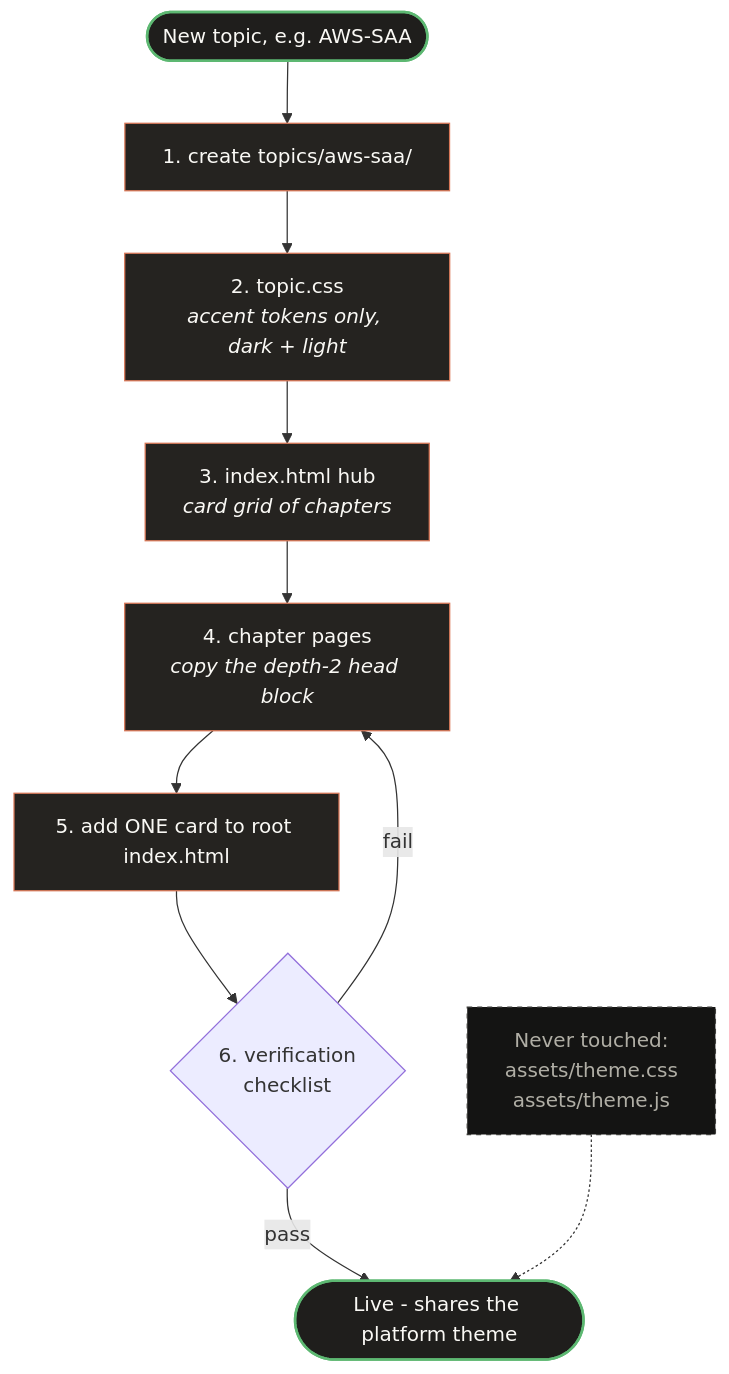
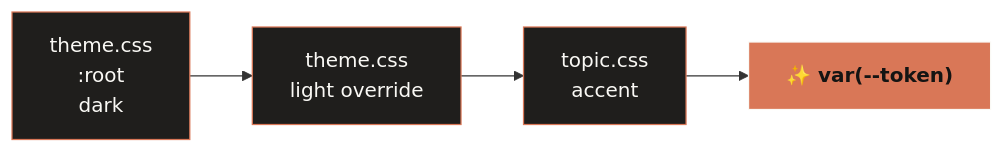
The second of 3 diagrams in README.md (debsumar/Debanjans-learning-system), drawn with Mermaid before and after one commit. The commit also changed other lines of this file, not shown here.

````diff
--- a/README.md
+++ b/README.md
@@ -322,21 +88,8 @@
 ```mermaid
-flowchart TD
-  START(["New topic, e.g. AWS-SAA"]) --> D1["1. create topics/aws-saa/"]
-  D1 --> D2["2. topic.css<br/><i>accent tokens only, dark + light</i>"]
-  D2 --> D3["3. index.html hub<br/><i>card grid of chapters</i>"]
-  D3 --> D4["4. chapter pages<br/><i>copy the depth-2 head block</i>"]
-  D4 --> D5["5. add ONE card to root index.html"]
-  D5 --> V{"6. verification<br/>checklist"}
-  V -->|pass| DONE(["Live - shares the platform theme"])
-  V -->|fail| D4
-
-  NOTE["Never touched:<br/>assets/theme.css<br/>assets/theme.js"]
-  NOTE -.-> DONE
-
-  classDef ok fill:#1f1e1c,stroke:#5db872,stroke-width:2px,color:#faf9f5
-  classDef step fill:#252320,stroke:#d97757,color:#faf9f5
-  classDef note fill:#141413,stroke:#3d3d3a,color:#b0aea5,stroke-dasharray: 4 4
-  class DONE,START ok
-  class D1,D2,D3,D4,D5 step
-  class NOTE note
+flowchart LR
+  A["theme.css<br/>:root<br/>dark"] --> B["theme.css<br/>light override"] --> C["topic.css<br/>accent"] --> D["✨ var(--token)"]
+  classDef s fill:#1f1e1c,stroke:#d97757,color:#faf9f5
+  classDef o fill:#d97757,stroke:#faf9f5,color:#141413,font-weight:bold
+  class A,B,C s
+  class D o
 ```
````
